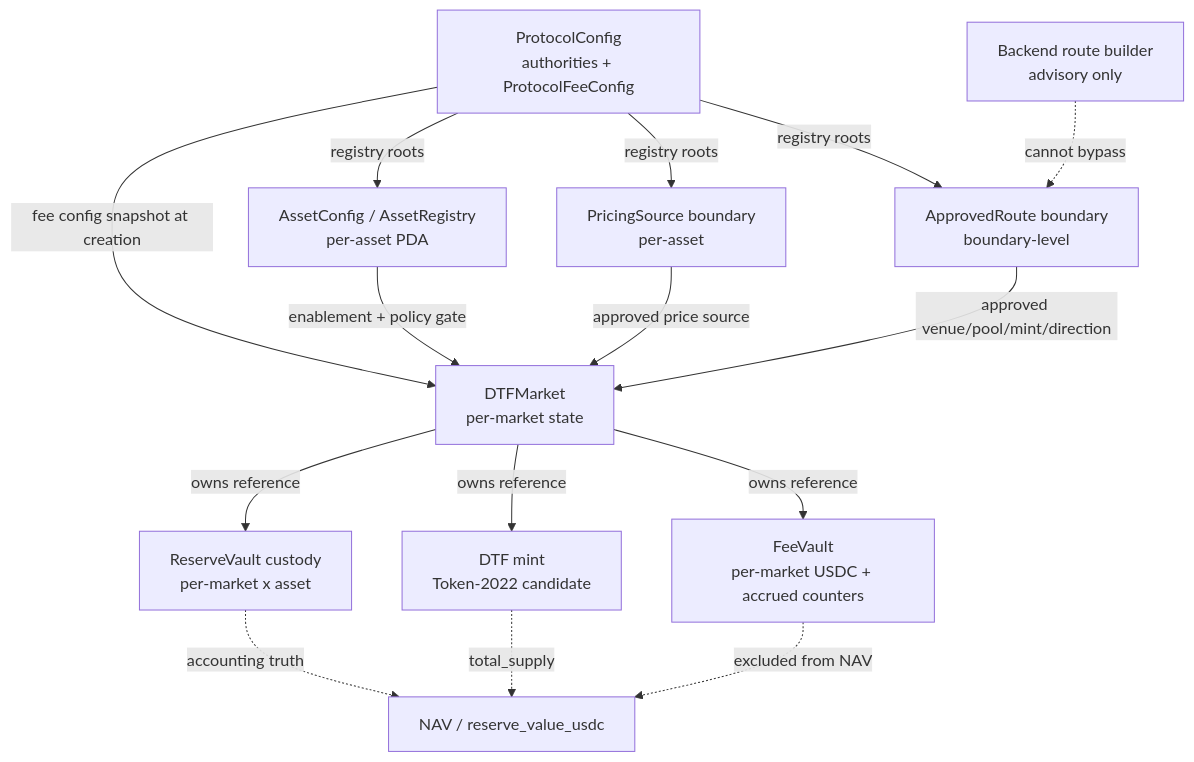
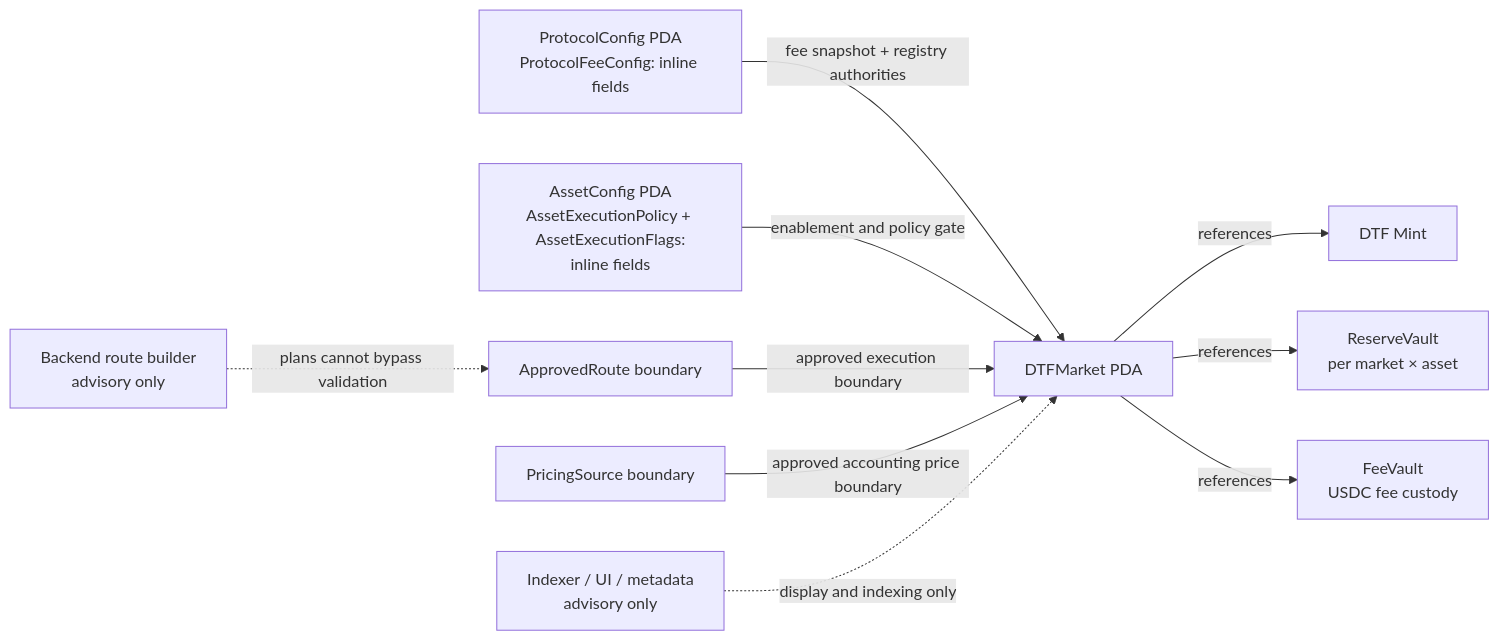
The first of 7 diagrams in docs/specs/axis-core-account-model-proposal.md (Axis-pizza/Axis_core), drawn with Mermaid before and after one commit. The commit also changed other lines of this file, not shown here.

````diff
--- a/docs/specs/axis-core-account-model-proposal.md
+++ b/docs/specs/axis-core-account-model-proposal.md
@@ -111,30 +152,23 @@
 ```mermaid
-flowchart TD
-    PC[ProtocolConfig\nauthorities + ProtocolFeeConfig]
-    AR[AssetConfig / AssetRegistry\nper-asset PDA]
-    PS[PricingSource boundary\nper-asset]
-    RT[ApprovedRoute boundary\nboundary-level]
-    MK[DTFMarket\nper-market state]
-    MNT[DTF mint\nToken-2022 candidate]
-    RV[ReserveVault custody\nper-market x asset]
-    FV[FeeVault\nper-market USDC + accrued counters]
+flowchart LR
+    PC["ProtocolConfig PDA<br/>ProtocolFeeConfig: inline fields"]
+    AC["AssetConfig PDA<br/>AssetExecutionPolicy + AssetExecutionFlags:<br/>inline fields"]
+    AR["ApprovedRoute boundary"]
+    PS["PricingSource boundary"]
+    MK["DTFMarket PDA"]
+    MINT["DTF Mint"]
+    RV["ReserveVault<br/>per market × asset"]
+    FV["FeeVault<br/>USDC fee custody"]
+    BE["Backend route builder<br/>advisory only"]
+    IX["Indexer / UI / metadata<br/>advisory only"]
 
-    PC -->|fee config snapshot at creation| MK
-    PC -->|registry roots| AR
-    PC -->|registry roots| PS
-    PC -->|registry roots| RT
-
-    AR -->|enablement + policy gate| MK
-    PS -->|approved price source| MK
-    RT -->|approved venue/pool/mint/direction| MK
-
-    MK -->|owns reference| MNT
-    MK -->|owns reference| RV
-    MK -->|owns reference| FV
-
-    RV -. accounting truth .-> NAV[NAV / reserve_value_usdc]
-    MNT -. total_supply .-> NAV
-    FV -. excluded from NAV .-> NAV
-
-    BE[Backend route builder\nadvisory only] -. cannot bypass .-> RT
+    PC -->|"fee snapshot + registry authorities"| MK
+    AC -->|"enablement and policy gate"| MK
+    AR -->|"approved execution boundary"| MK
+    PS -->|"approved accounting price boundary"| MK
+    MK -->|"references"| MINT
+    MK -->|"references"| RV
+    MK -->|"references"| FV
+    BE -.->|"plans cannot bypass validation"| AR
+    IX -.->|"display and indexing only"| MK
 ```
````
